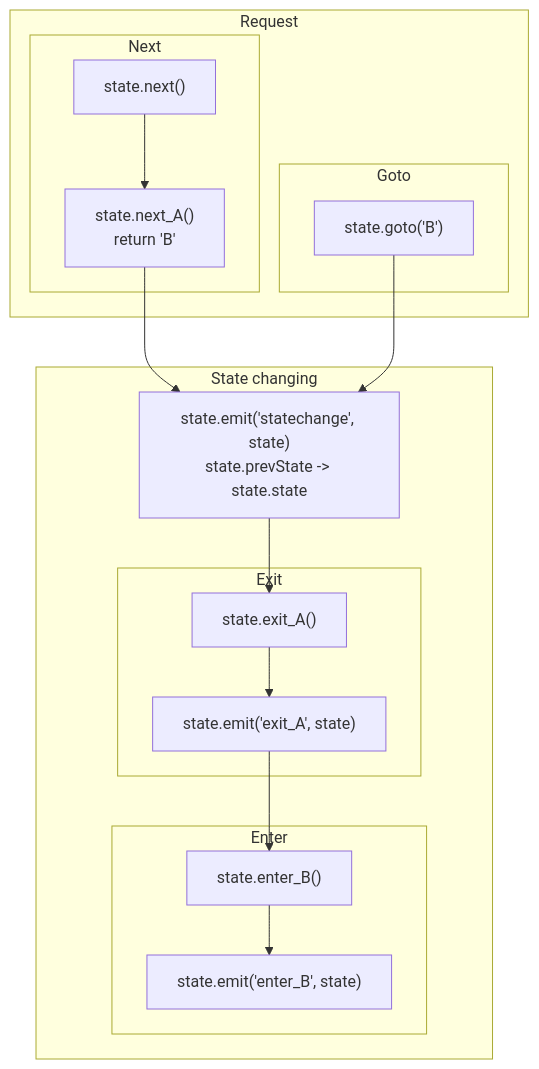
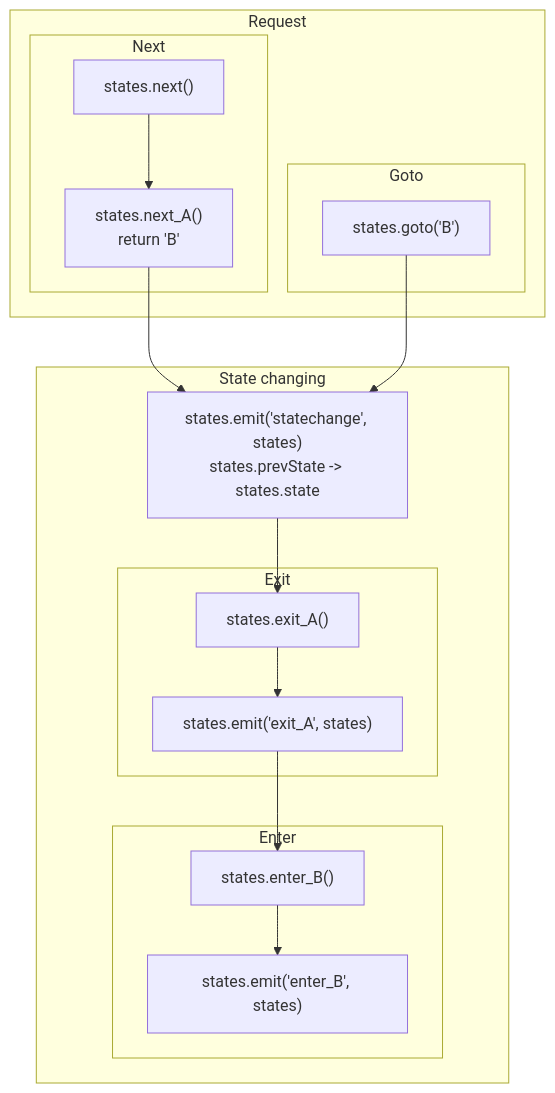
One commit to rexrainbow/phaser3-rex-notes changed the diagram in docs/docs/fsm.md. Above: the diagram before and after it, drawn with Mermaid. The commit also changed other lines of this file and 414 other files, not shown here.

````diff
--- a/docs/docs/fsm.md
+++ b/docs/docs/fsm.md
@@ -155,42 +155,42 @@
 ```mermaid
 graph TB
 
-next["state.next()"] --> next_A["state.next_A()<br>return 'B'"]
+next["states.next()"] --> next_A["states.next_A()<br>return 'B'"]
 
-next_A --> eventStateChange["state.emit('statechange', state)<br>state.prevState -> state.state"]
+next_A --> eventStateChange["states.emit('statechange', states)<br>states.prevState -> states.state"]
 
 subgraph State changing
 
-eventStateChange --> exit_A["state.exit_A()"]
-exit_A --> eventExitA["state.emit('exit_A', state)"]
+eventStateChange --> exit_A["states.exit_A()"]
+exit_A --> eventExitA["states.emit('exit_A', states)"]
 
-eventExitA --> enter_B["state.enter_B()"]
-enter_B --> eventEnterB["state.emit('enter_B', state)"]
+eventExitA --> enter_B["states.enter_B()"]
+enter_B --> eventEnterB["states.emit('enter_B', states)"]
 
 subgraph Exit
 exit_A
 eventExitA
 end
 
 subgraph Enter
 enter_B
 eventEnterB
 end
 
 end
 
-goto["state.goto('B')"] --> eventStateChange
+goto["states.goto('B')"] --> eventStateChange
 
 subgraph Request
 
 subgraph Next
 next
 next_A
 end
 
 subgraph Goto
 goto
 end
 
 end
 ```
````
